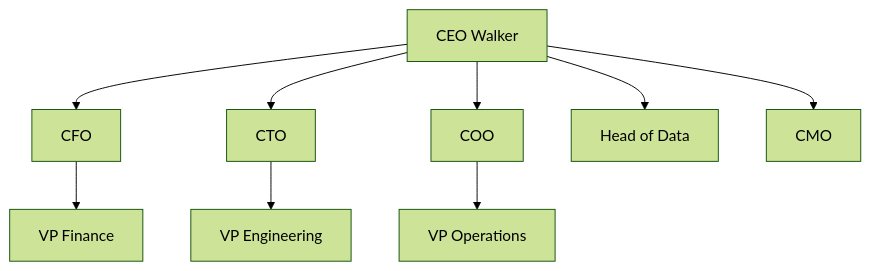
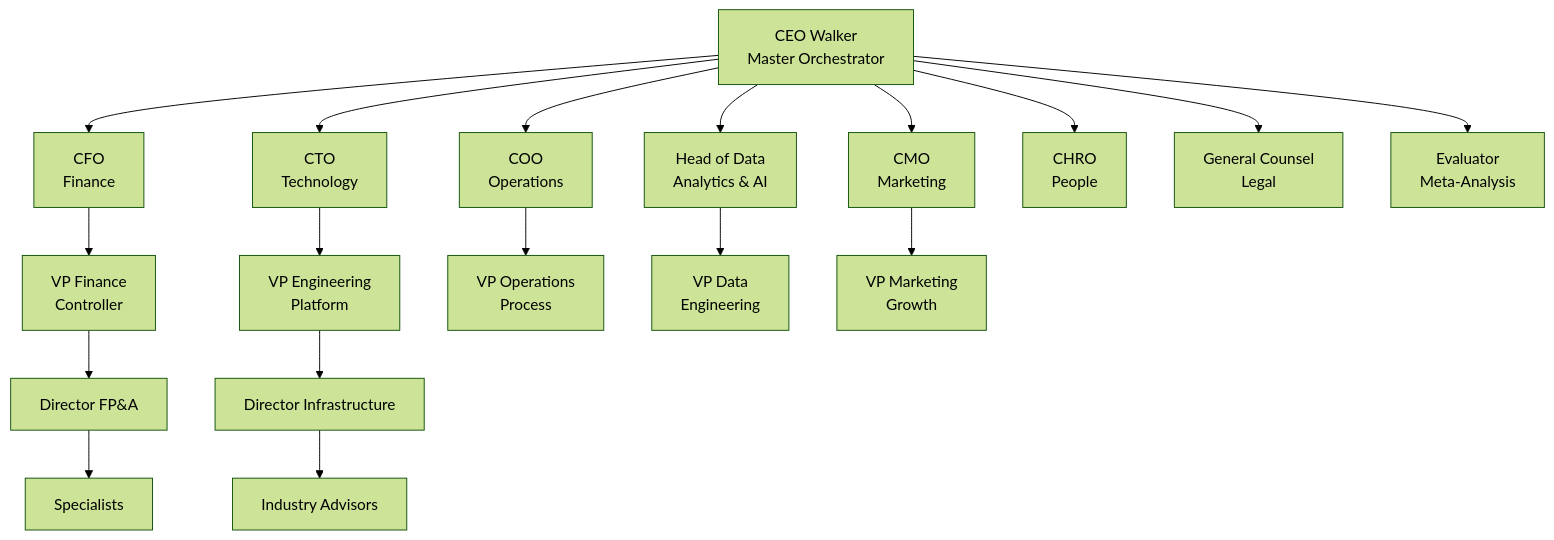
The diagram in docs/developers/architecture/overview.md (JWconsultancy1234/dyniq-docs), drawn with Mermaid (forest theme) before and after one commit. The commit also changed other lines of this file and 13 other files, not shown here.

First line of the commit message:
docs: add architecture, API reference, and infrastructure documentation (DYN-166, DYN-167, DYN-168)

````diff
--- a/docs/developers/architecture/overview.md
+++ b/docs/developers/architecture/overview.md
@@ -13,11 +13,20 @@
 ```mermaid
 graph TD
-    CEO[CEO Walker] --> CFO[CFO]
-    CEO --> CTO[CTO]
-    CEO --> COO[COO]
-    CEO --> CDO[Head of Data]
-    CEO --> CMO[CMO]
-    CFO --> VP_FIN[VP Finance]
-    CTO --> VP_ENG[VP Engineering]
-    COO --> VP_OPS[VP Operations]
+    CEO[CEO Walker<br/>Master Orchestrator] --> CFO[CFO<br/>Finance]
+    CEO --> CTO[CTO<br/>Technology]
+    CEO --> COO[COO<br/>Operations]
+    CEO --> CDO[Head of Data<br/>Analytics & AI]
+    CEO --> CMO[CMO<br/>Marketing]
+    CEO --> CHRO[CHRO<br/>People]
+    CEO --> GC[General Counsel<br/>Legal]
+    CEO --> EVAL[Evaluator<br/>Meta-Analysis]
+    CFO --> VP_FIN[VP Finance<br/>Controller]
+    CTO --> VP_ENG[VP Engineering<br/>Platform]
+    COO --> VP_OPS[VP Operations<br/>Process]
+    CDO --> VP_DATA[VP Data<br/>Engineering]
+    CMO --> VP_MKT[VP Marketing<br/>Growth]
+    VP_FIN --> DIR_FPA[Director FP&A]
+    VP_ENG --> DIR_INFRA[Director Infrastructure]
+    DIR_FPA --> SPEC[Specialists]
+    DIR_INFRA --> IA[Industry Advisors]
 ```
````
